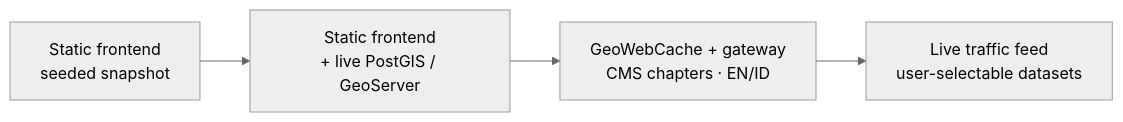
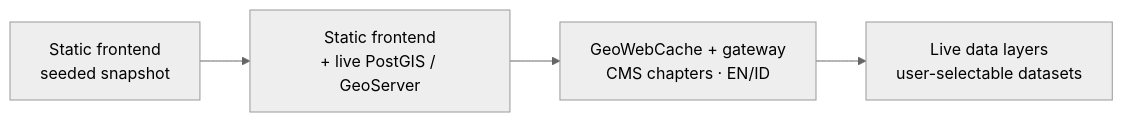
Before and after one commit to mahardisetyoso/jkt-webgis-catalyze: the tenth of 11 diagrams in docs/architecture.md, drawn with Mermaid (neutral theme). The commit also changed other lines of this file and 15 other files, not shown here.

````diff
--- a/docs/architecture.md
+++ b/docs/architecture.md
@@ -410,6 +398,6 @@
 ```mermaid
 flowchart LR
     poc[Static frontend<br/>seeded snapshot] --> v1[Static frontend<br/>+ live PostGIS / GeoServer]
     v1 --> v2[GeoWebCache + gateway<br/>CMS chapters · EN/ID]
-    v2 --> v3[Live traffic feed<br/>user-selectable datasets]
+    v2 --> v3[Live data layers<br/>user-selectable datasets]
 ```
````
